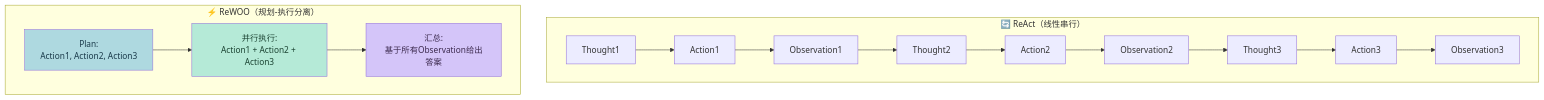
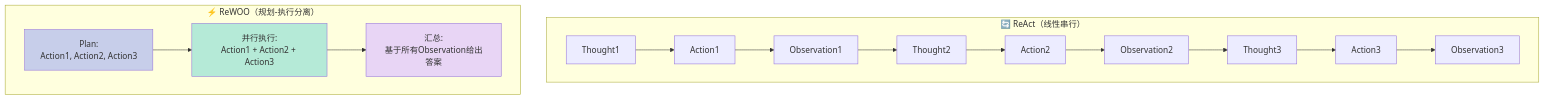
Before and after one commit to xuqi2024/xuqi2024.github.io: the third of 5 diagrams in source/_posts/2026-04-14-ai-agent-principles-and-practice.md, drawn with Mermaid. The commit also changed other lines of this file and 23 other files, not shown here.

````diff
--- a/source/_posts/2026-04-14-ai-agent-principles-and-practice.md
+++ b/source/_posts/2026-04-14-ai-agent-principles-and-practice.md
@@ -338,19 +339,19 @@
 ```mermaid
 graph TD
     subgraph ReAct["🔄 ReAct（线性串行）"]
         direction LR
         R1["Thought1"] --> A1["Action1"] --> O1["Observation1"]
         O1 --> R2["Thought2"] --> A2["Action2"] --> O2["Observation2"]
         O2 --> R3["Thought3"] --> A3["Action3"] --> O3["Observation3"]
     end
 
     subgraph ReWOO["⚡ ReWOO（规划-执行分离）"]
         direction LR
         PL["Plan:<br/>Action1, Action2, Action3"] --> EX["并行执行:<br/>Action1 + Action2 + Action3"]
         EX --> SUM["汇总:<br/>基于所有Observation给出答案"]
     end
 
-    style PL fill:#AED9E0,color:#1A3A4A
-    style EX fill:#B5EAD7,color:#1B4332
-    style SUM fill:#D4C5F9,color:#3D2B4F
+    style PL fill:#C7CEEA,color:#333
+    style EX fill:#B5EAD7,color:#333
+    style SUM fill:#E8D5F5,color:#333
 ```
````
